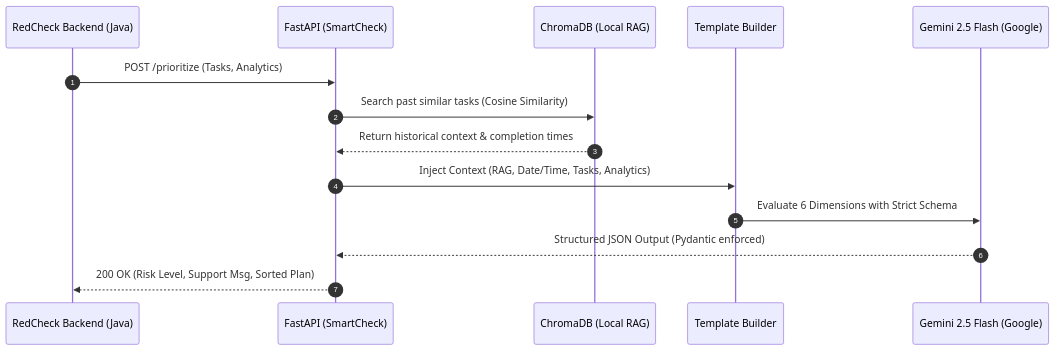
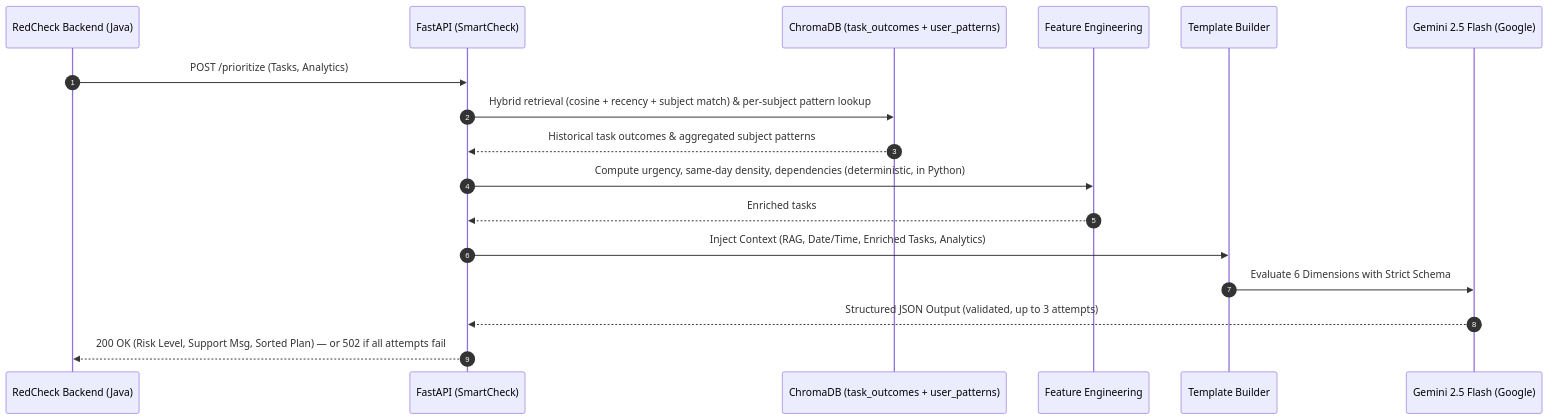
The first of 2 diagrams in README.md (redcheckapp/smartcheck-ai-engine), drawn with Mermaid before and after one commit. The commit also changed other lines of this file and 10 other files, not shown here.

````diff
--- a/README.md
+++ b/README.md
@@ -17,17 +17,20 @@
 ```mermaid
 sequenceDiagram
     autonumber
     participant Spring as RedCheck Backend (Java)
     participant API as FastAPI (SmartCheck)
-    participant Vector as ChromaDB (Local RAG)
+    participant Vector as ChromaDB (task_outcomes + user_patterns)
+    participant Features as Feature Engineering
     participant Prompt as Template Builder
     participant LLM as Gemini 2.5 Flash (Google)
 
     Spring->>API: POST /prioritize (Tasks, Analytics)
-    API->>Vector: Search past similar tasks (Cosine Similarity)
-    Vector-->>API: Return historical context & completion times
-    API->>Prompt: Inject Context (RAG, Date/Time, Tasks, Analytics)
+    API->>Vector: Hybrid retrieval (cosine + recency + subject match) & per-subject pattern lookup
+    Vector-->>API: Historical task outcomes & aggregated subject patterns
+    API->>Features: Compute urgency, same-day density, dependencies (deterministic, in Python)
+    Features-->>API: Enriched tasks
+    API->>Prompt: Inject Context (RAG, Date/Time, Enriched Tasks, Analytics)
     Prompt->>LLM: Evaluate 6 Dimensions with Strict Schema
-    LLM-->>API: Structured JSON Output (Pydantic enforced)
-    API-->>Spring: 200 OK (Risk Level, Support Msg, Sorted Plan)
+    LLM-->>API: Structured JSON Output (validated, up to 3 attempts)
+    API-->>Spring: 200 OK (Risk Level, Support Msg, Sorted Plan) — or 502 if all attempts fail
 ```
````
